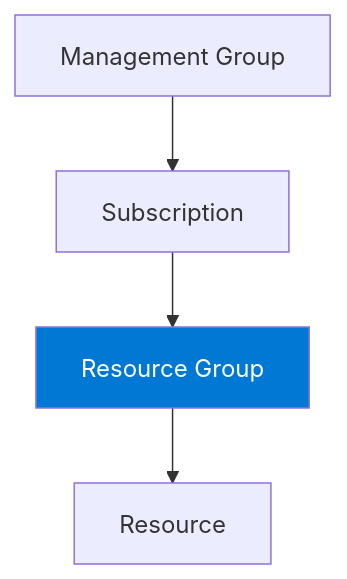
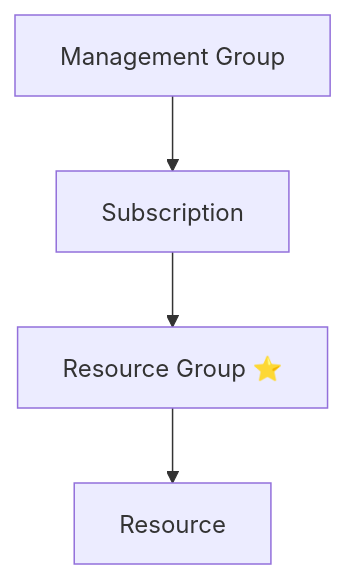
One commit to zhyordanova/azure-fundamentals-handbook changed the diagram in docs/02-azure-architecture/8-resource-groups.md. Above: the diagram before and after it, drawn with Mermaid. The commit also changed 4 other files, not shown here.

Commit message:
chore: add and fix diagrams

````diff
--- a/docs/02-azure-architecture/8-resource-groups.md
+++ b/docs/02-azure-architecture/8-resource-groups.md
@@ -39,13 +39,9 @@
 ```mermaid
 flowchart TD
-    MG[Management Group]
-    SUB[Subscription]
-    RG[Resource Group]
-    RES[Resource]
+    MG["Management Group"]
+    SUB["Subscription"]
+    RG["Resource Group ⭐"]
+    RES["Resource"]
 
-    MG --> SUB
-    SUB --> RG
-    RG --> RES
-
-    style RG fill:#0078D4,color:#ffffff
+    MG --> SUB --> RG --> RES
 ```
````
